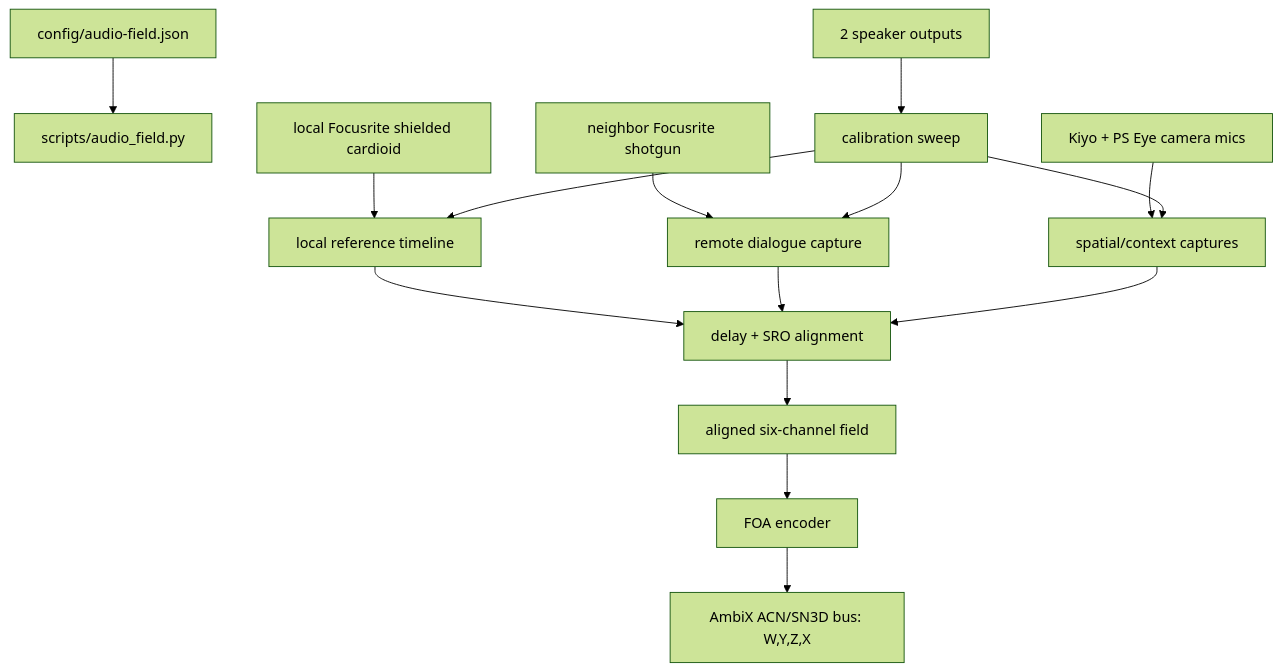
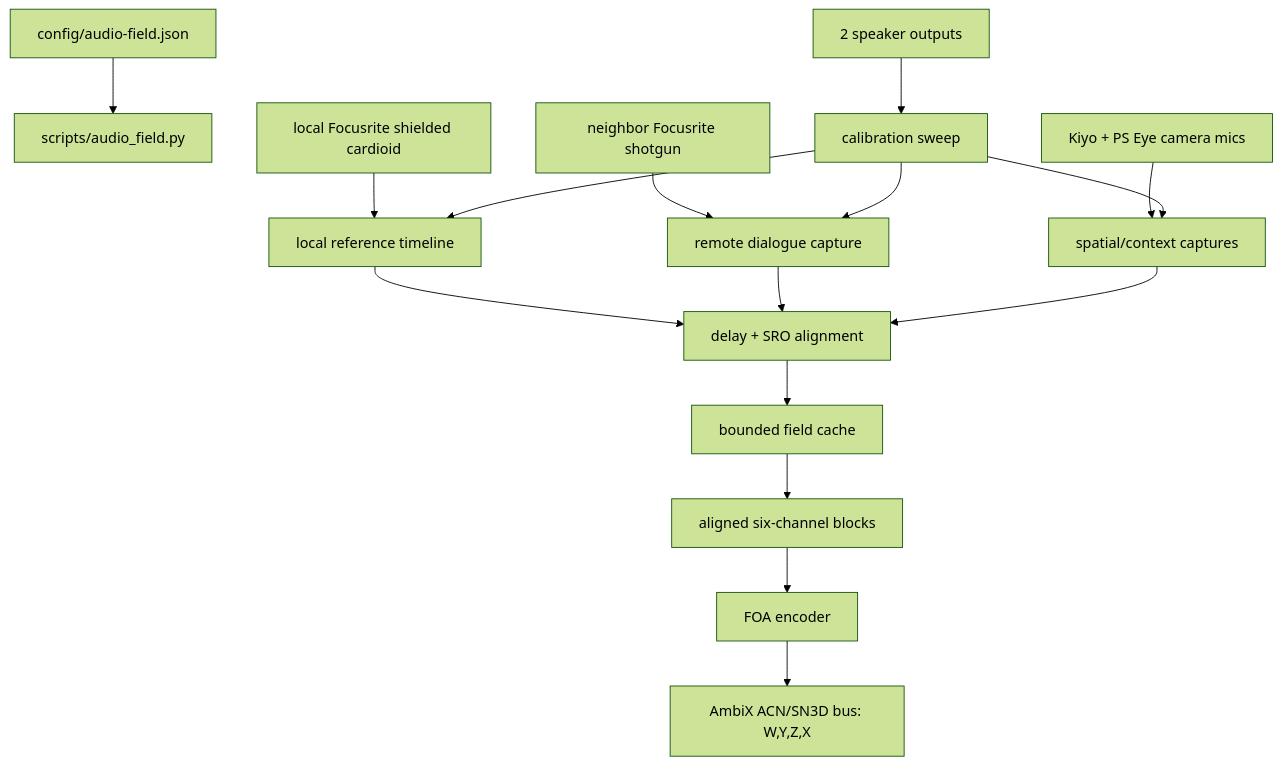
One commit to GameCult/Mimir changed the second of 2 diagrams in notes/current-system-map.md. Above: the diagram before and after it, drawn with Mermaid (forest theme). The commit also changed other lines of this file and 12 other files, not shown here.

````diff
--- a/notes/current-system-map.md
+++ b/notes/current-system-map.md
@@ -42,17 +42,18 @@
 ```mermaid
 flowchart TD
     A["config/audio-field.json"] --> B["scripts/audio_field.py"]
     C["local Focusrite shielded cardioid"] --> D["local reference timeline"]
     E["neighbor Focusrite shotgun"] --> F["remote dialogue capture"]
     G["Kiyo + PS Eye camera mics"] --> H["spatial/context captures"]
     I["2 speaker outputs"] --> J["calibration sweep"]
     J --> D
     J --> F
     J --> H
     D --> K["delay + SRO alignment"]
     F --> K
     H --> K
-    K --> L["aligned six-channel field"]
-    L --> M["FOA encoder"]
-    M --> N["AmbiX ACN/SN3D bus: W,Y,Z,X"]
+    K --> L["bounded field cache"]
+    L --> M["aligned six-channel blocks"]
+    M --> N["FOA encoder"]
+    N --> O["AmbiX ACN/SN3D bus: W,Y,Z,X"]
 ```
````
